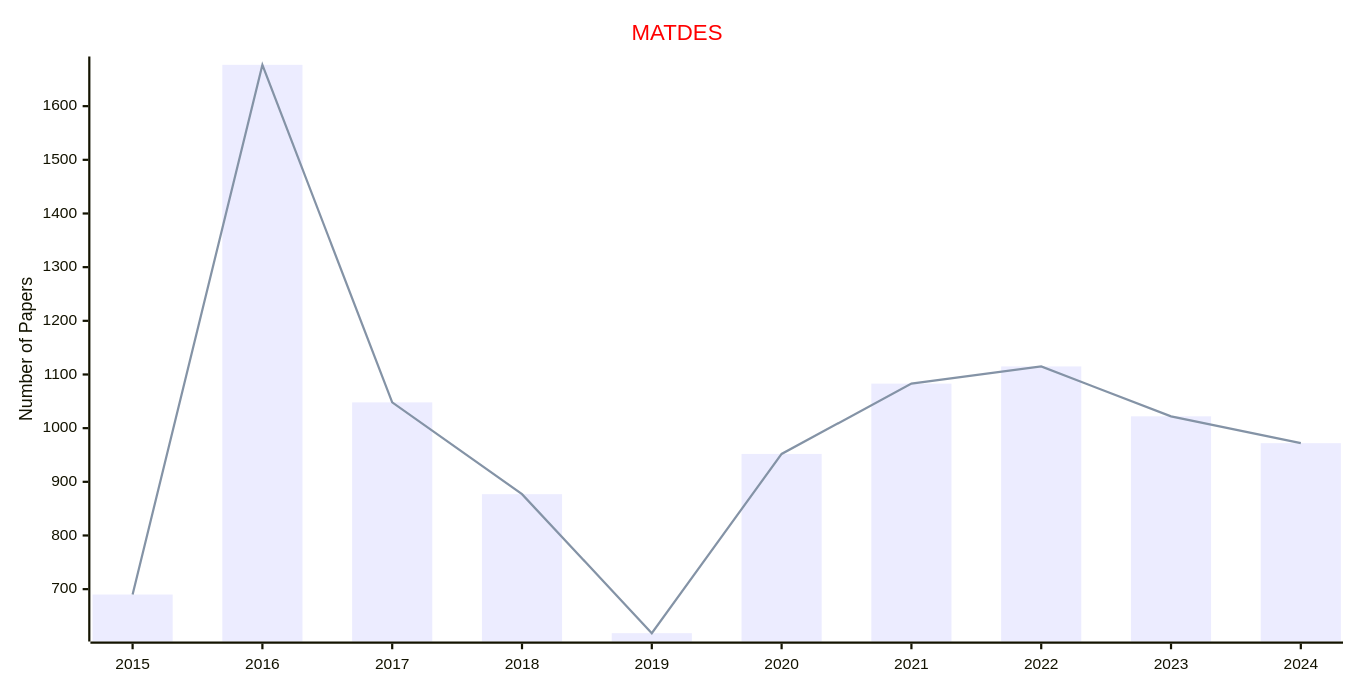
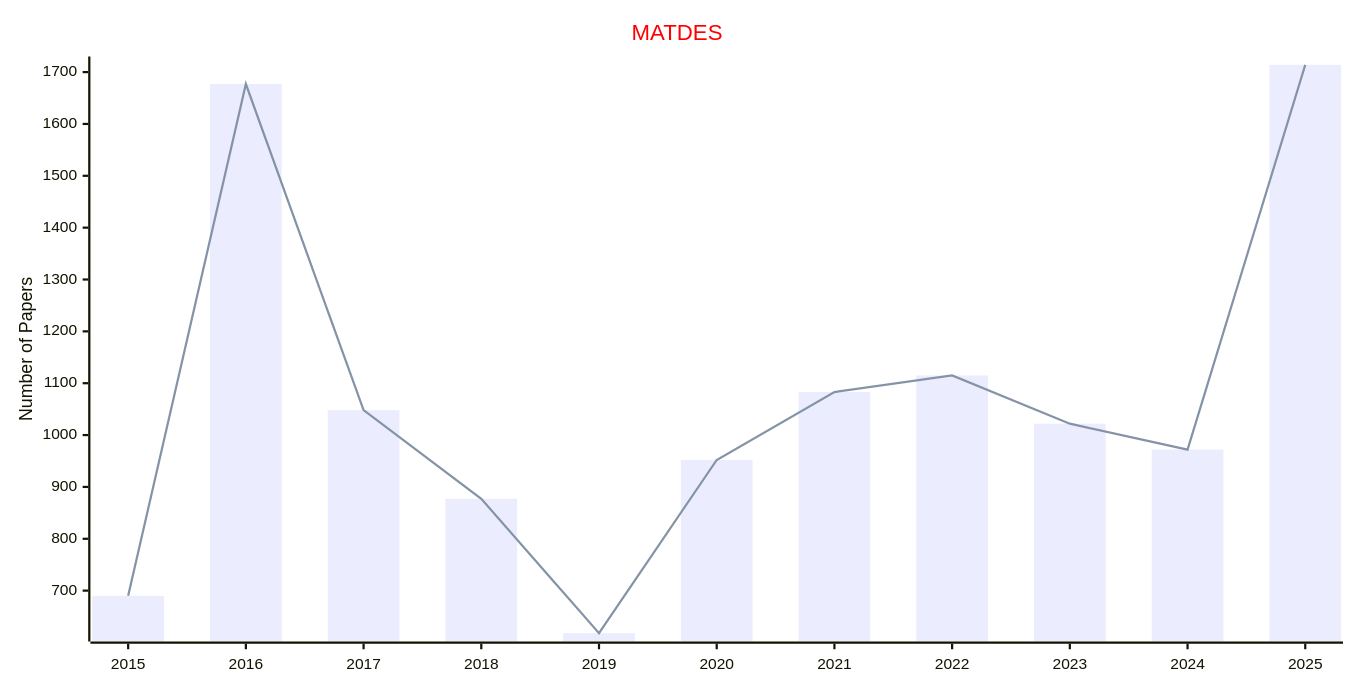
One commit to Easy-PhD/AILinks changed the first of 2 diagrams in docs/data/Journals/Statistics_Journals/Materials.md. Above: the diagram before and after it, drawn with Mermaid. The commit also changed 107 other files, not shown here.

````diff
--- a/docs/data/Journals/Statistics_Journals/Materials.md
+++ b/docs/data/Journals/Statistics_Journals/Materials.md
@@ -9,17 +9,17 @@
 ```mermaid
 ---
 config:
     xyChart:
         width: 1200
         height: 600
     themeVariables:
         xyChart:
             titleColor: "#ff0000"
 ---
 xychart-beta
     title "MATDES"
-    x-axis [2015, 2016, 2017, 2018, 2019, 2020, 2021, 2022, 2023, 2024]
+    x-axis [2015, 2016, 2017, 2018, 2019, 2020, 2021, 2022, 2023, 2024, 2025]
     y-axis "Number of Papers"
-    bar [690, 1677, 1048, 877, 618, 952, 1083, 1115, 1022, 972]
-    line [690, 1677, 1048, 877, 618, 952, 1083, 1115, 1022, 972]
+    bar [690, 1677, 1048, 877, 618, 952, 1083, 1115, 1022, 972, 1714]
+    line [690, 1677, 1048, 877, 618, 952, 1083, 1115, 1022, 972, 1714]
 ```
````
